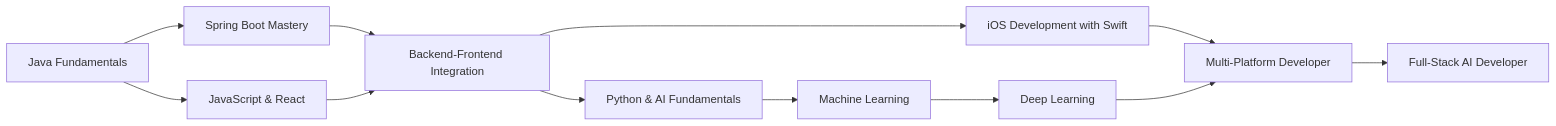
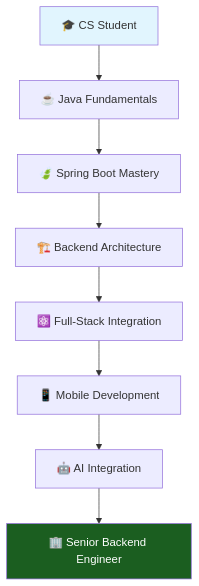
Before and after one commit to SooinDev/SooinDev: the diagram in README.md, drawn with Mermaid. The commit also changed other lines of this file, not shown here.

````diff
--- a/README.md
+++ b/README.md
@@ -211,19 +182,13 @@
 ```mermaid
-graph LR
-    A[Java Fundamentals] --> B[Spring Boot Mastery]
-    A --> C[JavaScript & React]
+graph TD
+    A[🎓 CS Student] --> B[☕ Java Fundamentals]
+    B --> C[🍃 Spring Boot Mastery]
+    C --> D[🏗️ Backend Architecture]
+    D --> E[⚛️ Full-Stack Integration]
+    E --> F[📱 Mobile Development]
+    F --> G[🤖 AI Integration]
+    G --> H[🏢 Senior Backend Engineer]
     
-    B --> D[Backend-Frontend Integration]
-    C --> D
-    
-    D --> E[iOS Development with Swift]
-    D --> F[Python & AI Fundamentals]
-    
-    F --> G[Machine Learning]
-    G --> H[Deep Learning]
-    
-    E --> I[Multi-Platform Developer]
-    H --> I
-    
-    I --> J[Full-Stack AI Developer]
+    style A fill:#e1f5fe
+    style H fill:#1b5e20,color:#fff
 ```
````
